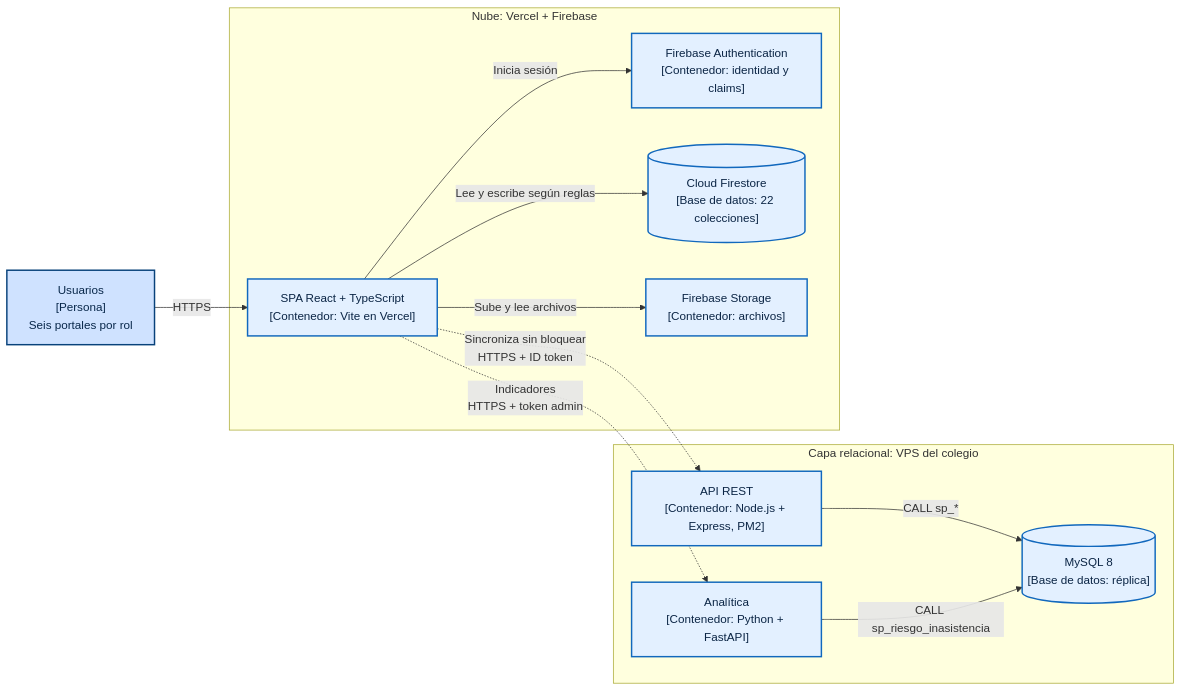
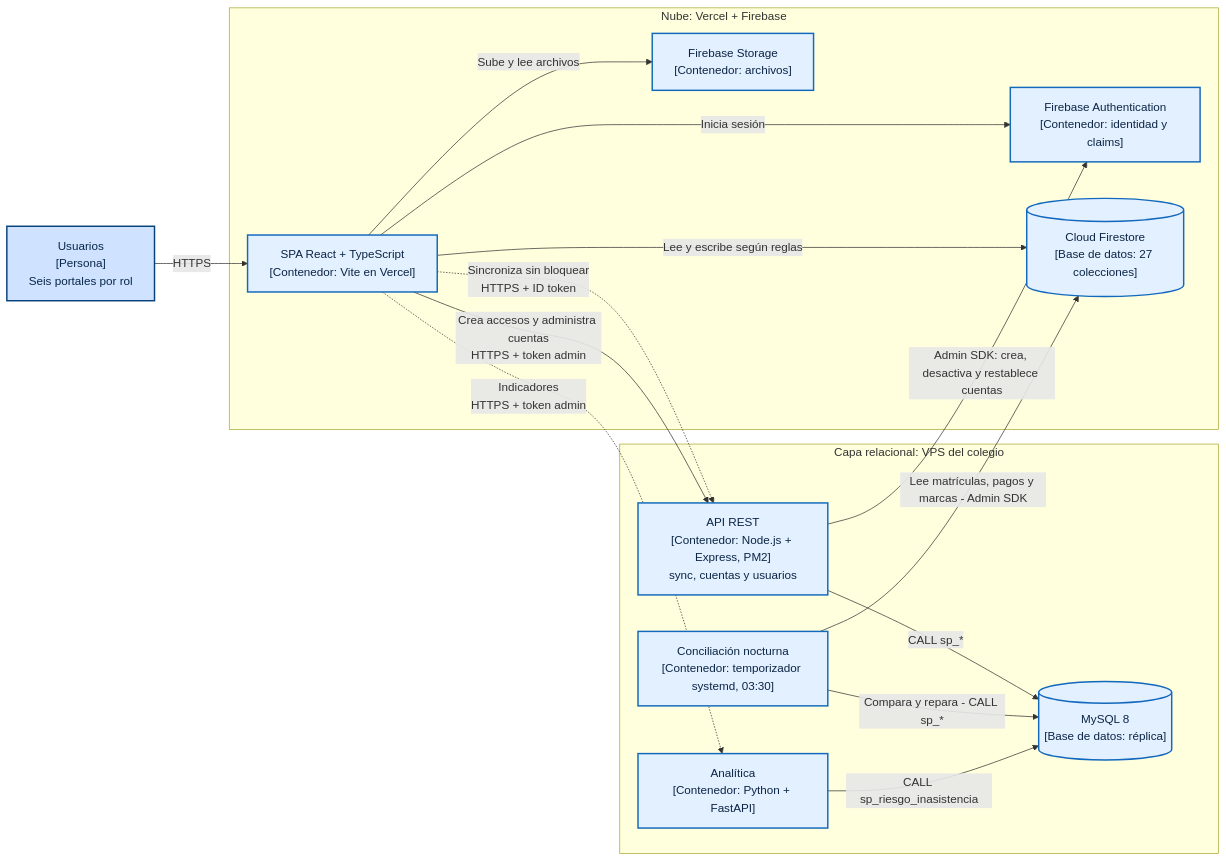
The third of 13 diagrams in docs/e1-definicion-sistema-ce021.md (yucradavid/Perfil-de-egreso-Plataforma-Web-Integral-CERMAT), drawn with Mermaid before and after one commit. The commit also changed other lines of this file and 27 other files, not shown here.

````diff
--- a/docs/e1-definicion-sistema-ce021.md
+++ b/docs/e1-definicion-sistema-ce021.md
@@ -188,25 +219,30 @@
 ```mermaid
 flowchart LR
   classDef persona fill:#cfe2ff,stroke:#08427b,stroke-width:2px,color:#08274a
   classDef contenedor fill:#e3f0ff,stroke:#1168bd,stroke-width:2px,color:#0b2545
   U["Usuarios<br/>[Persona]<br/>Seis portales por rol"]:::persona
   subgraph LOCAL["Capa relacional: VPS del colegio"]
-    API["API REST<br/>[Contenedor: Node.js + Express, PM2]"]:::contenedor
+    API["API REST<br/>[Contenedor: Node.js + Express, PM2]<br/>sync, cuentas y usuarios"]:::contenedor
     AN["Analítica<br/>[Contenedor: Python + FastAPI]"]:::contenedor
+    REP["Conciliación nocturna<br/>[Contenedor: temporizador systemd, 03:30]"]:::contenedor
     DB[("MySQL 8<br/>[Base de datos: réplica]")]:::contenedor
   end
   subgraph NUBE["Nube: Vercel + Firebase"]
     SPA["SPA React + TypeScript<br/>[Contenedor: Vite en Vercel]"]:::contenedor
     AUTH["Firebase Authentication<br/>[Contenedor: identidad y claims]"]:::contenedor
-    FS[("Cloud Firestore<br/>[Base de datos: 22 colecciones]")]:::contenedor
+    FS[("Cloud Firestore<br/>[Base de datos: 27 colecciones]")]:::contenedor
     ST["Firebase Storage<br/>[Contenedor: archivos]"]:::contenedor
   end
   U -->|HTTPS| SPA
   SPA -->|"Inicia sesión"| AUTH
   SPA -->|"Lee y escribe según reglas"| FS
   SPA -->|"Sube y lee archivos"| ST
   SPA -.->|"Sincroniza sin bloquear<br/>HTTPS + ID token"| API
+  SPA -->|"Crea accesos y administra cuentas<br/>HTTPS + token admin"| API
   SPA -.->|"Indicadores<br/>HTTPS + token admin"| AN
   API -->|"CALL sp_*"| DB
+  API -->|"Admin SDK: crea, desactiva y restablece cuentas"| AUTH
+  REP -->|"Lee matrículas, pagos y marcas - Admin SDK"| FS
+  REP -->|"Compara y repara - CALL sp_*"| DB
   AN -->|"CALL sp_riesgo_inasistencia"| DB
 ```
````
